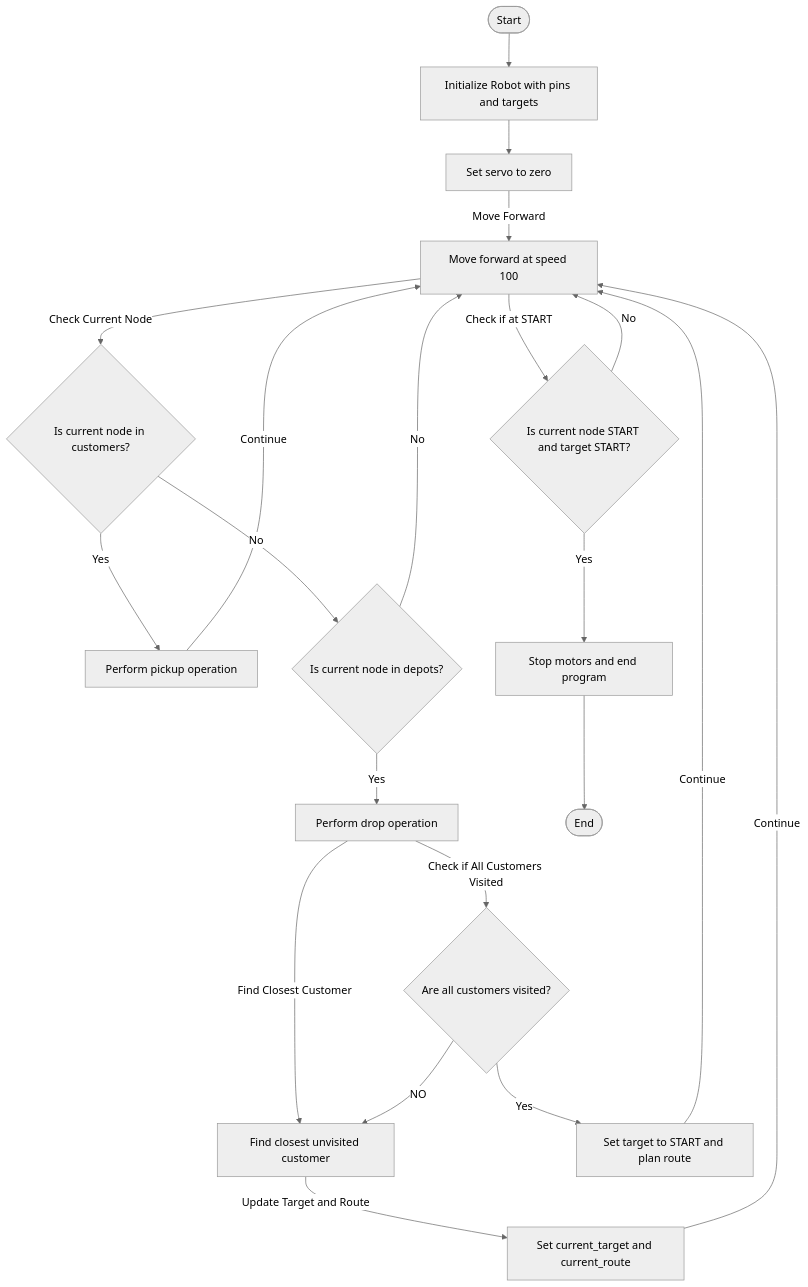
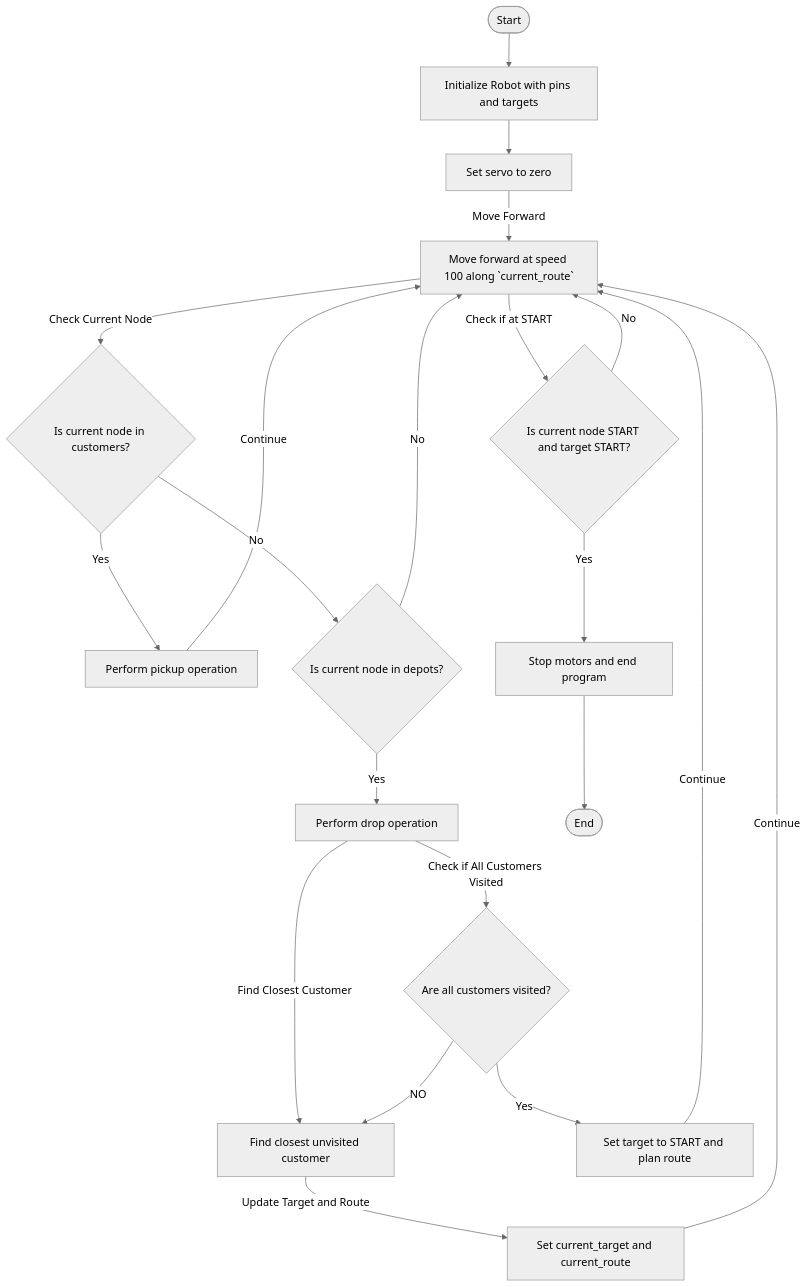
Before and after one commit to federico-ganzer/IDP_L205: the diagram in docs.md, drawn with Mermaid (neutral theme).

````diff
--- a/docs.md
+++ b/docs.md
@@ -20,30 +20,30 @@
 ```mermaid
 flowchart TD
     Start([Start]) --> Initialize[Initialize Robot with pins and targets]
     Initialize --> SetServo[Set servo to zero]
-    SetServo --> |Move Forward| MoveForward[Move forward at speed 100]
+    SetServo --> |Move Forward| MoveForward[Move forward at speed 100 along `current_route`]
 
     MoveForward --> |Check Current Node| CheckNode{Is current node in customers?}
     CheckNode --> |Yes| Pickup[Perform pickup operation]
     CheckNode --> |No| CheckDepot{Is current node in depots?}
 
     Pickup --> |Continue| MoveForward
 
     CheckDepot --> |Yes| Drop[Perform drop operation]
     CheckDepot --> |No| MoveForward
 
     Drop --> |Find Closest Customer| FindClosest[Find closest unvisited customer]
     FindClosest --> |Update Target and Route| UpdateTarget[Set current_target and current_route]
     UpdateTarget --> |Continue| MoveForward
 
     Drop --> |Check if All Customers Visited| CheckAllVisited{Are all customers visited?}
     CheckAllVisited --> |Yes| ReturnToStart[Set target to START and plan route]
     CheckAllVisited --> |NO| FindClosest
     ReturnToStart --> |Continue| MoveForward
 
     MoveForward --> |Check if at START| CheckStart{Is current node START and target START?}
     CheckStart --> |Yes| Stop[Stop motors and end program]
     CheckStart --> |No| MoveForward
 
     Stop --> End([End])
 ```
````
